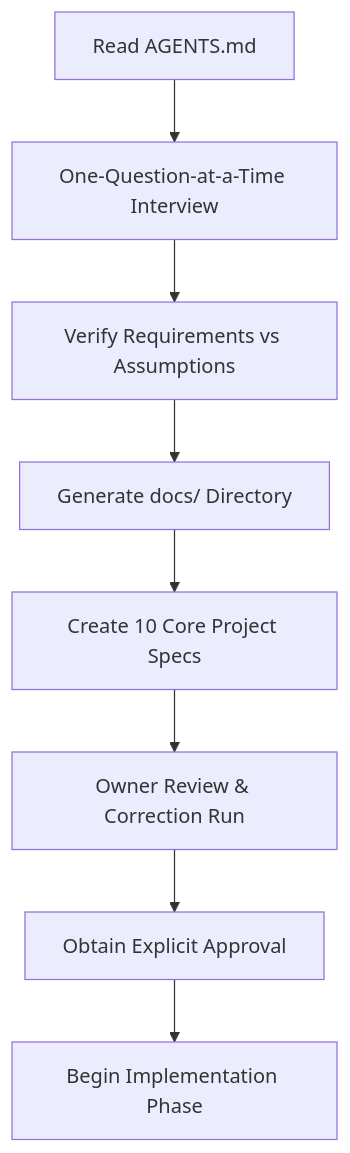
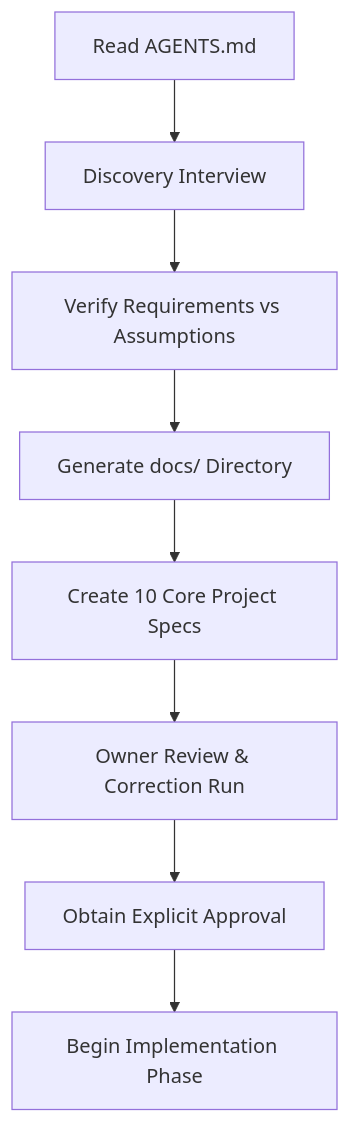
The diagram in workflows/NewProjectBootstrap.md (LordCodex/promptengine), drawn with Mermaid before and after one commit. The commit also changed other lines of this file, not shown here.

Commit message:
docs: update NewProjectBootstrap to implement Discovery Efficiency Rules and transition away from one-question-at-a-time interviewing

````diff
--- a/workflows/NewProjectBootstrap.md
+++ b/workflows/NewProjectBootstrap.md
@@ -38,10 +64,10 @@
 ```mermaid
 graph TD
-    A[Read AGENTS.md] --> B[One-Question-at-a-Time Interview]
+    A[Read AGENTS.md] --> B[Discovery Interview]
     B --> C[Verify Requirements vs Assumptions]
     C --> D[Generate docs/ Directory]
     D --> E[Create 10 Core Project Specs]
     E --> F[Owner Review & Correction Run]
     F --> G[Obtain Explicit Approval]
     G --> H[Begin Implementation Phase]
 ```
````
